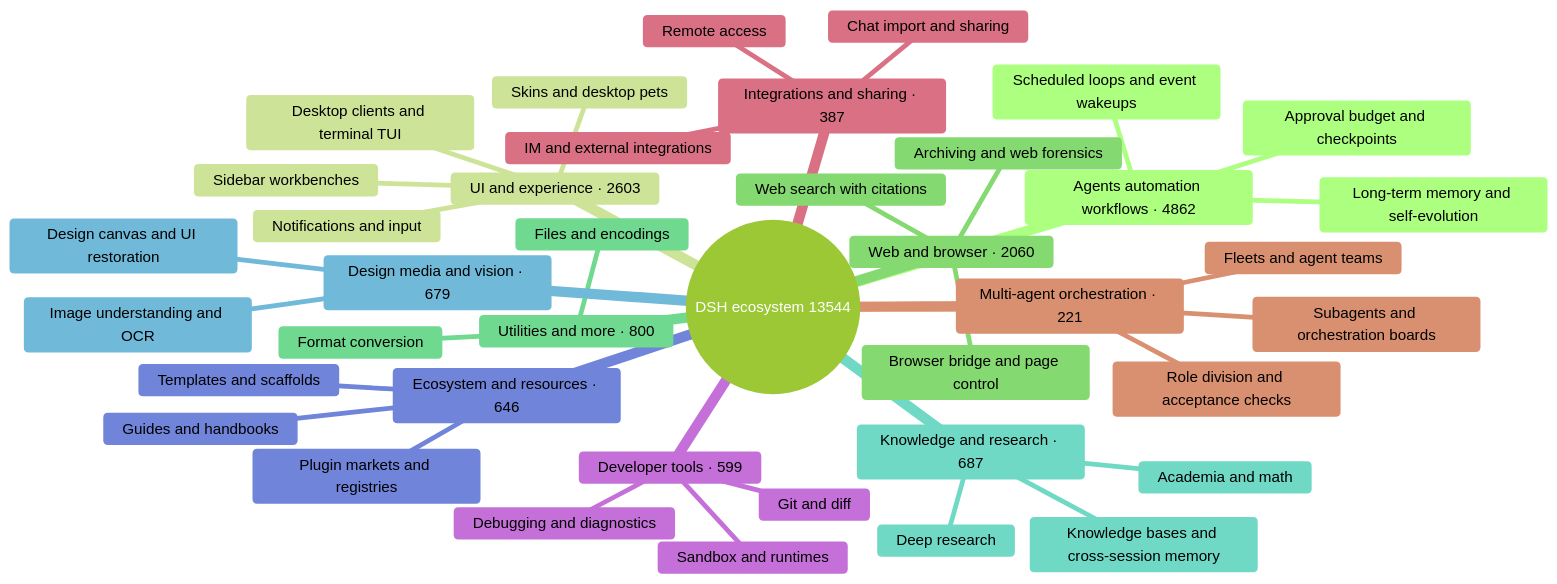
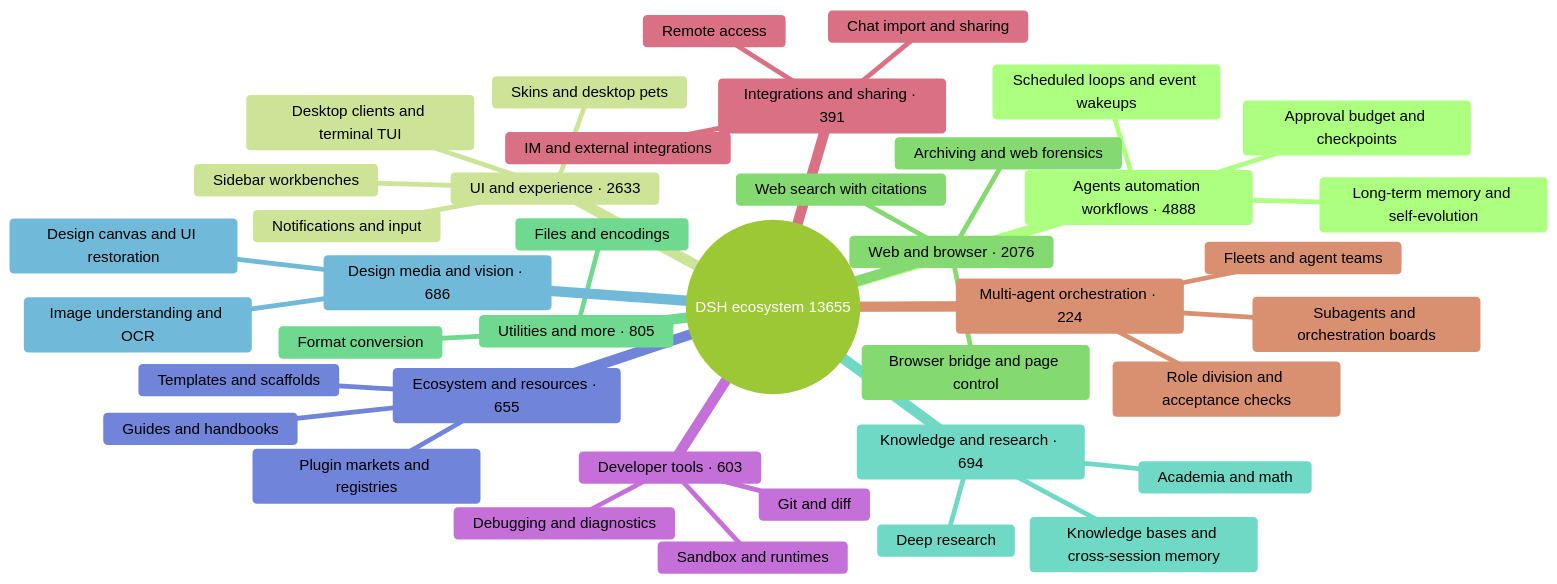
One commit to bruc3van/awesome-dsh-plugin changed the diagram in README_EN.md. Above: the diagram before and after it, drawn with Mermaid (forest theme). The commit also changed other lines of this file and 20 other files, not shown here.

````diff
--- a/README_EN.md
+++ b/README_EN.md
@@ -32,43 +32,43 @@
 ```mermaid
 mindmap
-  root((DSH ecosystem 13544))
-    Agents automation workflows · 4862
+  root((DSH ecosystem 13655))
+    Agents automation workflows · 4888
       Scheduled loops and event wakeups
       Long-term memory and self-evolution
       Approval budget and checkpoints
-    UI and experience · 2603
+    UI and experience · 2633
       Desktop clients and terminal TUI
       Sidebar workbenches
       Skins and desktop pets
       Notifications and input
-    Web and browser · 2060
+    Web and browser · 2076
       Browser bridge and page control
       Web search with citations
       Archiving and web forensics
-    Utilities and more · 800
+    Utilities and more · 805
       Files and encodings
       Format conversion
-    Knowledge and research · 687
+    Knowledge and research · 694
       Knowledge bases and cross-session memory
       Deep research
       Academia and math
-    Design media and vision · 679
+    Design media and vision · 686
       Image understanding and OCR
       Design canvas and UI restoration
-    Ecosystem and resources · 646
+    Ecosystem and resources · 655
       Plugin markets and registries
       Templates and scaffolds
       Guides and handbooks
-    Developer tools · 599
+    Developer tools · 603
       Git and diff
       Sandbox and runtimes
       Debugging and diagnostics
-    Integrations and sharing · 387
+    Integrations and sharing · 391
       Chat import and sharing
       Remote access
       IM and external integrations
-    Multi-agent orchestration · 221
+    Multi-agent orchestration · 224
       Subagents and orchestration boards
       Fleets and agent teams
       Role division and acceptance checks
 ```
````
